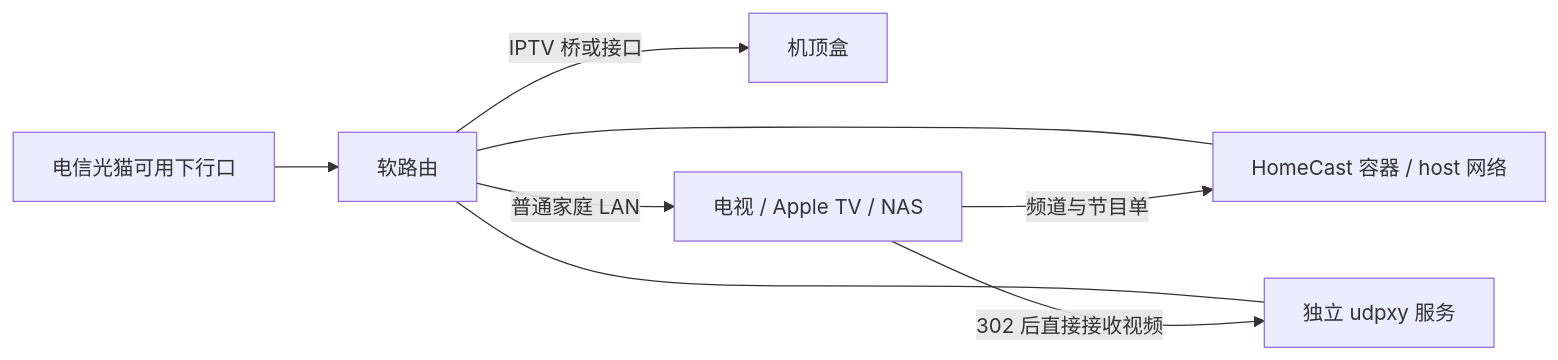
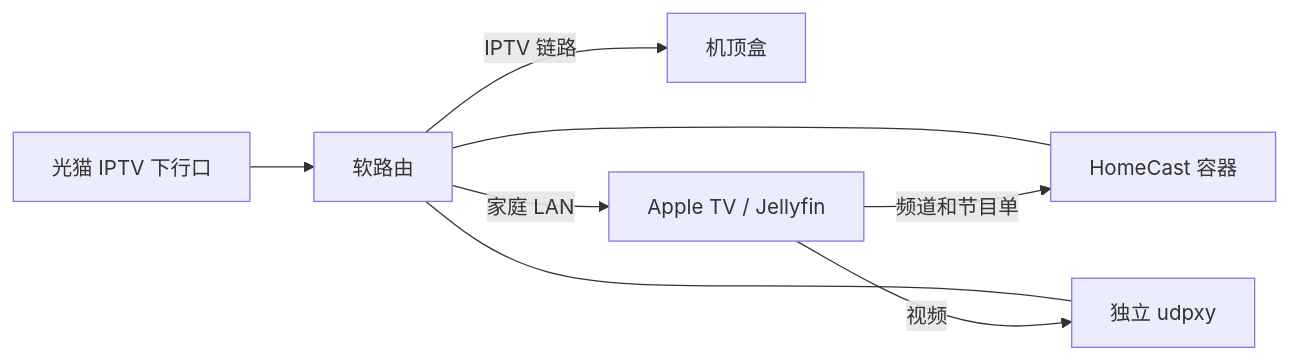
The diagram in docs/network.md (holyful/shanghai-telecom-iptv), drawn with Mermaid before and after one commit. The commit also changed other lines of this file and 5 other files, not shown here.

````diff
--- a/docs/network.md
+++ b/docs/network.md
@@ -13,10 +15,10 @@
 ```mermaid
 flowchart LR
-  ONT[电信光猫可用下行口] --> ROUTER[软路由]
-  ROUTER -->|IPTV 桥或接口| STB[机顶盒]
-  ROUTER -->|普通家庭 LAN| CLIENT[电视 / Apple TV / NAS]
-  ROUTER --- APP[HomeCast 容器 / host 网络]
-  ROUTER --- UDP[独立 udpxy 服务]
-  CLIENT -->|频道与节目单| APP
-  CLIENT -->|302 后直接接收视频| UDP
+  ONT[光猫 IPTV 下行口] --> ROUTER[软路由]
+  ROUTER -->|IPTV 链路| STB[机顶盒]
+  ROUTER -->|家庭 LAN| CLIENT[Apple TV / Jellyfin]
+  ROUTER --- APP[HomeCast 容器]
+  ROUTER --- UDP[独立 udpxy]
+  CLIENT -->|频道和节目单| APP
+  CLIENT -->|视频| UDP
 ```
````
